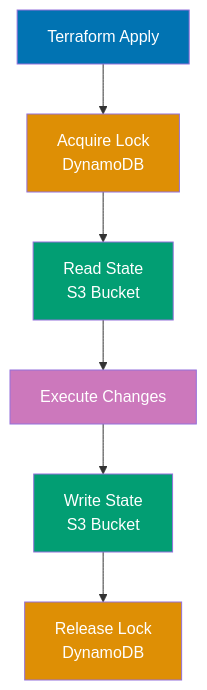
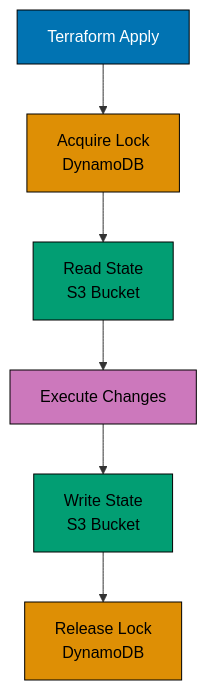
One commit to wahidyankf/ose-public changed the fourth of 11 diagrams in apps/ayokoding-www/content/en/learn/legacy/software-engineering/infrastructure/tools/terraform/by-example/intermediate.md. Above: the diagram before and after it, drawn with Mermaid. The commit also changed other lines of this file and 131 other files, not shown here.

First line of the commit message:
fix(mermaid): bring the legacy data, infrastructure, and testing diagrams onto the accessible palette

````diff
--- a/apps/ayokoding-www/content/en/learn/legacy/software-engineering/infrastructure/tools/terraform/by-example/intermediate.md
+++ b/apps/ayokoding-www/content/en/learn/legacy/software-engineering/infrastructure/tools/terraform/by-example/intermediate.md
@@ -1113,16 +1135,23 @@
 ```mermaid
 %% Color Palette: Blue #0173B2, Orange #DE8F05, Teal #029E73, Purple #CC78BC
 graph TD
+ accTitle: Example 37: S3 Backend with State Locking
+ accDescr: Graph with 6 nodes and 5 connections. Nodes: Terraform Apply, Acquire Lock DynamoDB, Read State S3 Bucket, Execute Changes, Write State S3 Bucket, Release Lock DynamoDB. Connections: Terraform Apply to Acquire Lock DynamoDB, Acquire Lock DynamoDB to Read State S3 Bucket, Read State S3 Bucket to Execute Changes, Execute Changes to Write State S3 Bucket, Write State S3 Bucket to Release Lock DynamoDB.
  A["Terraform Apply"] --> B["Acquire Lock<br/>DynamoDB"]
  B --> C["Read State<br/>S3 Bucket"]
  C --> D["Execute Changes"]
  D --> E["Write State<br/>S3 Bucket"]
  E --> F["Release Lock<br/>DynamoDB"]
 
- style A fill:#0173B2,color:#fff
- style B fill:#DE8F05,color:#fff
- style C fill:#029E73,color:#fff
- style D fill:#CC78BC,color:#fff
- style E fill:#029E73,color:#fff
- style F fill:#DE8F05,color:#fff
+ classDef pal-0173B2 fill:#0173B2,stroke:#000000,color:#FFFFFF
+ class A pal-0173B2
+ classDef pal-DE8F05 fill:#DE8F05,stroke:#000000,color:#000000
+ class B pal-DE8F05
+ classDef pal-029E73 fill:#029E73,stroke:#000000,color:#000000
+ class C pal-029E73
+ classDef pal-CC78BC fill:#CC78BC,stroke:#000000,color:#000000
+ class D pal-CC78BC
+ class E pal-029E73
+ class F pal-DE8F05
+ classDef default fill:#FFFFFF,stroke:#000000,color:#000000
 ```
````
